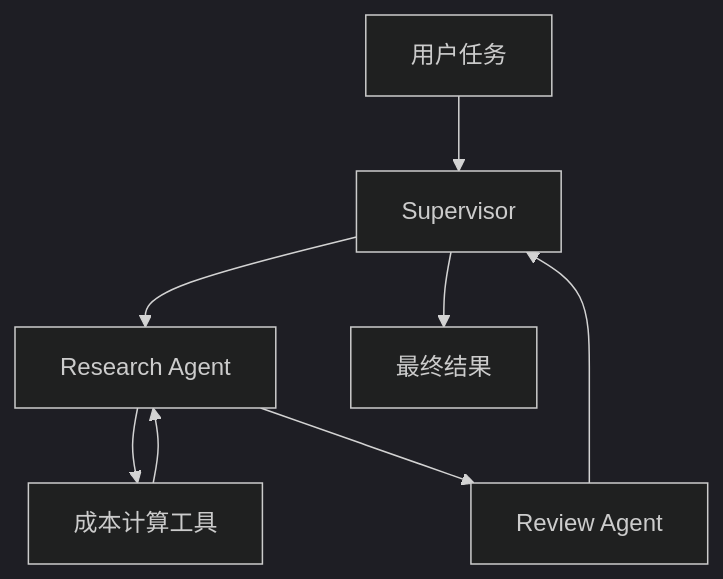
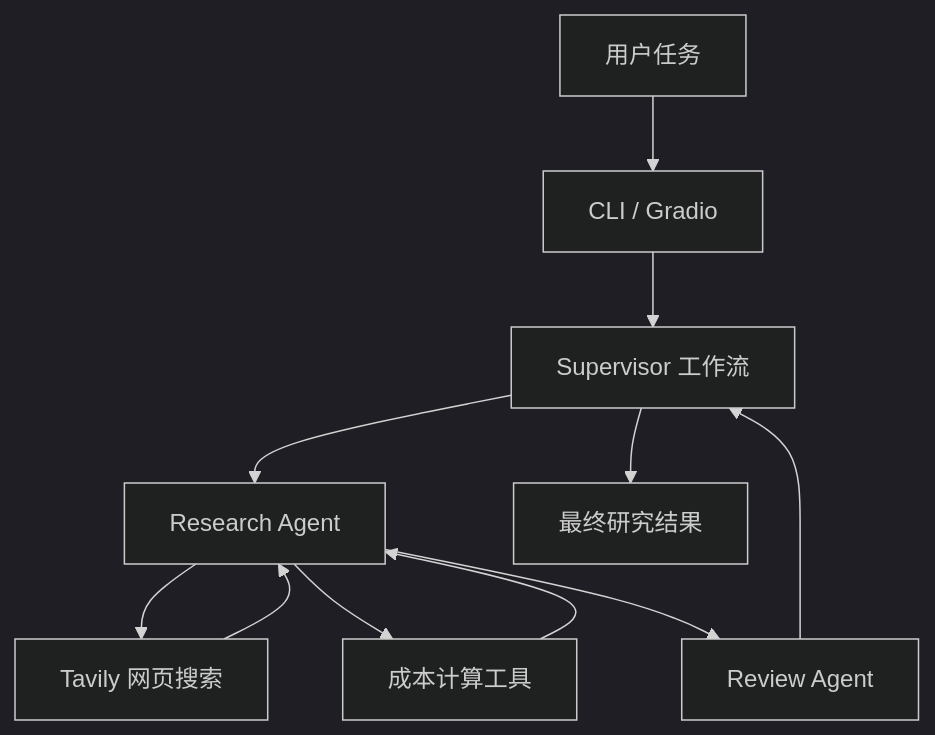
One commit to feib922/langgraph-multi-agent changed the diagram in README.md. Above: the diagram before and after it, drawn with Mermaid (dark theme). The commit also changed other lines of this file and 29 other files, not shown here.

````diff
--- a/README.md
+++ b/README.md
@@ -25,10 +22,13 @@
 ```mermaid
 flowchart TD
-    U[用户任务] --> S[Supervisor]
+    U[用户任务] --> E[CLI / Gradio]
+    E --> S[Supervisor 工作流]
     S --> R[Research Agent]
-    R --> T[成本计算工具]
-    T --> R
+    R --> W[Tavily 网页搜索]
+    R --> C[成本计算工具]
+    W --> R
+    C --> R
     R --> V[Review Agent]
     V --> S
-    S --> O[最终结果]
+    S --> O[最终研究结果]
 ```
````
